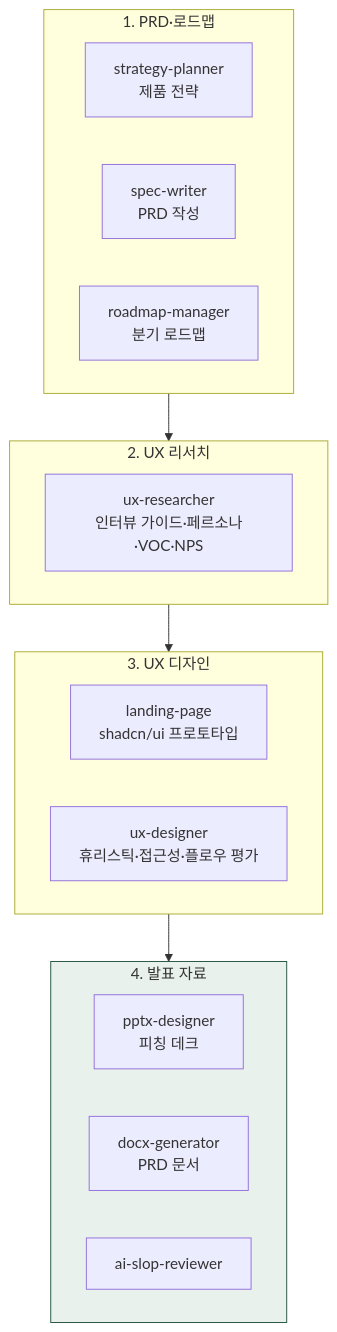
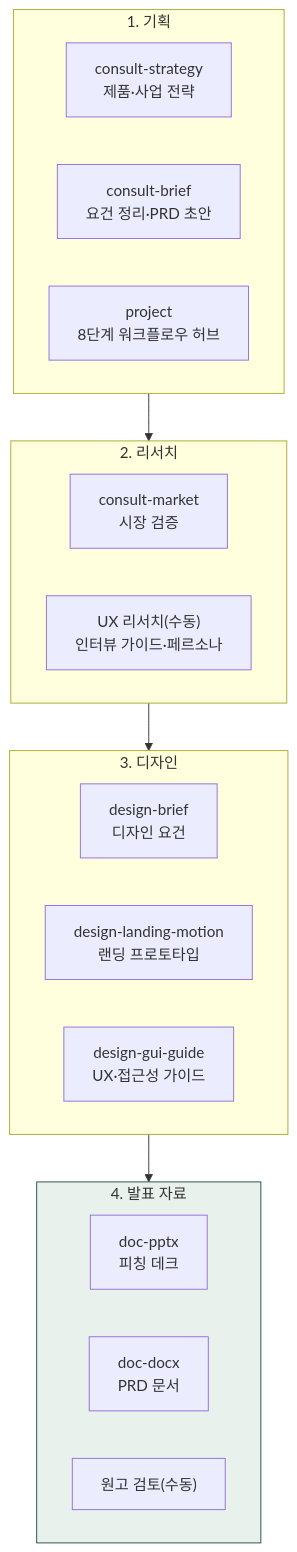
One commit to modu-ai/cowork-plugins changed the diagram in www/content/cookbook/tracks/track-product.md. Above: the diagram before and after it, drawn with Mermaid. The commit also changed other lines of this file and 45 other files, not shown here.

First line of the commit message:
docs(www): 스킬명 정합 + 깨진 링크 수정 + mermaid 보강

````diff
--- a/www/content/cookbook/tracks/track-product.md
+++ b/www/content/cookbook/tracks/track-product.md
@@ -16,22 +16,24 @@
 ```mermaid
 flowchart TD
-   subgraph 기획["1. PRD·로드맵"]
-       A1["strategy-planner<br/>제품 전략"]
-       A2["spec-writer<br/>PRD 작성"]
-       A3["roadmap-manager<br/>분기 로드맵"]
+   subgraph 기획["1. 기획"]
+       A1["consult-strategy<br/>제품·사업 전략"]
+       A2["consult-brief<br/>요건 정리·PRD 초안"]
+       A3["project<br/>8단계 워크플로우 허브"]
    end
-   subgraph 리서치["2. UX 리서치"]
-       B1["ux-researcher<br/>인터뷰 가이드·페르소나·VOC·NPS"]
+   subgraph 리서치["2. 리서치"]
+       B1["consult-market<br/>시장 검증"]
+       B2["UX 리서치(수동)<br/>인터뷰 가이드·페르소나"]
    end
-   subgraph 디자인["3. UX 디자인"]
-       C1["landing-page<br/>shadcn/ui 프로토타입"]
-       C2["ux-designer<br/>휴리스틱·접근성·플로우 평가"]
+   subgraph 디자인["3. 디자인"]
+       C1["design-brief<br/>디자인 요건"]
+       C2["design-landing-motion<br/>랜딩 프로토타입"]
+       C3["design-gui-guide<br/>UX·접근성 가이드"]
    end
    subgraph 발표["4. 발표 자료"]
-       D1["pptx-designer<br/>피칭 데크"]
-       D2["docx-generator<br/>PRD 문서"]
-       D3["ai-slop-reviewer"]
+       D1["doc-pptx<br/>피칭 데크"]
+       D2["doc-docx<br/>PRD 문서"]
+       D3["원고 검토(수동)"]
    end
    기획 --> 리서치 --> 디자인 --> 발표
    style 발표 fill:#e8f1ec,stroke:#265240
 ```
````
